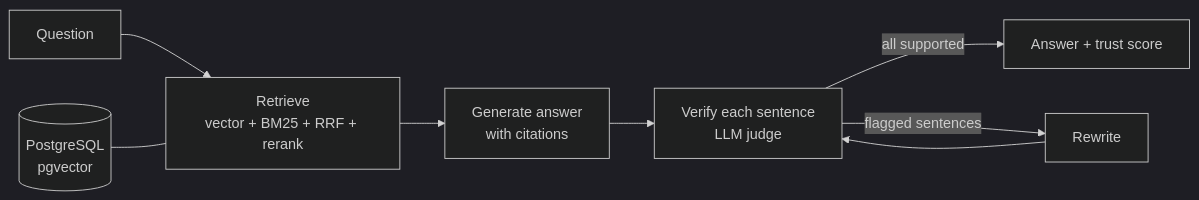
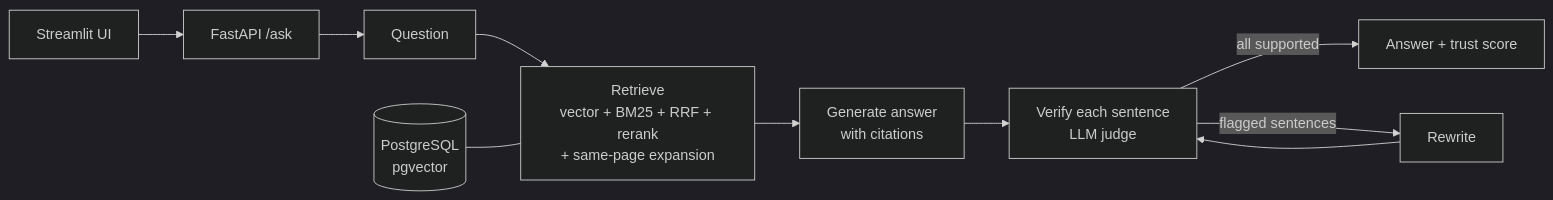
Before and after one commit to sarveshh31/truthlens: the diagram in README.md, drawn with Mermaid (dark theme). The commit also changed other lines of this file and 3 other files, not shown here.

````diff
--- a/README.md
+++ b/README.md
@@ -14,10 +30,12 @@
 ```mermaid
 flowchart LR
-    Q[Question] --> R[Retrieve<br/>vector + BM25 + RRF + rerank]
+    Q[Question] --> R[Retrieve<br/>vector + BM25 + RRF + rerank<br/>+ same-page expansion]
     R --> G[Generate answer<br/>with citations]
     G --> V[Verify each sentence<br/>LLM judge]
     V -->|all supported| A[Answer + trust score]
     V -->|flagged sentences| W[Rewrite]
     W --> V
     DB[(PostgreSQL<br/>pgvector)] --- R
+    UI[Streamlit UI] --> API[FastAPI /ask]
+    API --> Q
 ```
````
